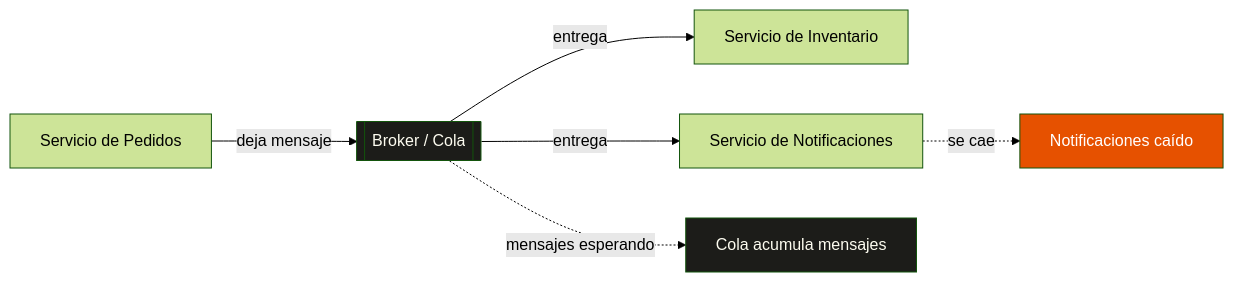
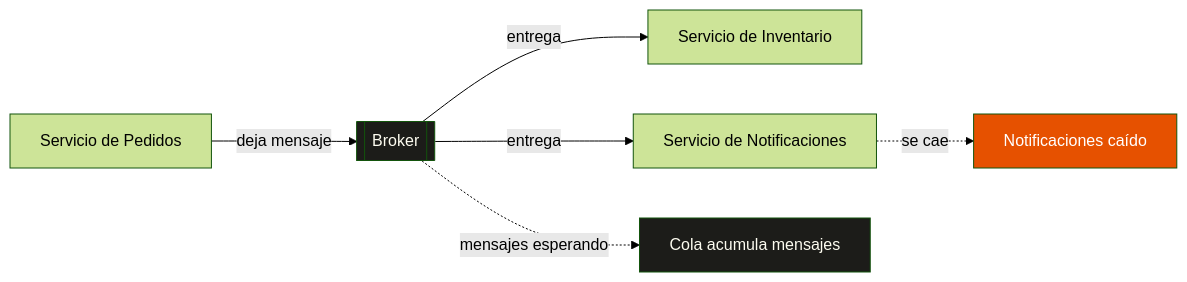
The second of 2 diagrams in content/posts/2026-09-06-que-es-kafka-y-por-que-se-llama-asi.md (misaelnieto/misaelnieto.github.io), drawn with Mermaid (forest theme) before and after one commit. The commit also changed other lines of this file, not shown here.

````diff
--- a/content/posts/2026-09-06-que-es-kafka-y-por-que-se-llama-asi.md
+++ b/content/posts/2026-09-06-que-es-kafka-y-por-que-se-llama-asi.md
@@ -205,12 +152,12 @@
 ```mermaid
 flowchart LR
-    A[Servicio de Pedidos] -->|deja mensaje| B[[Broker / Cola]]
+    A[Servicio de Pedidos] -->|deja mensaje| B[[Broker]]
     B -->|entrega| C[Servicio de Inventario]
     B -->|entrega| D[Servicio de Notificaciones]
     D -.->|se cae| E[Notificaciones caído]
     B -.->|mensajes esperando| F[Cola acumula mensajes]
 
     style B fill:#1C1C19,color:#FDFCF0
     style E fill:#E65100,color:#fff
     style F fill:#1C1C19,color:#FDFCF0
 ```
````
